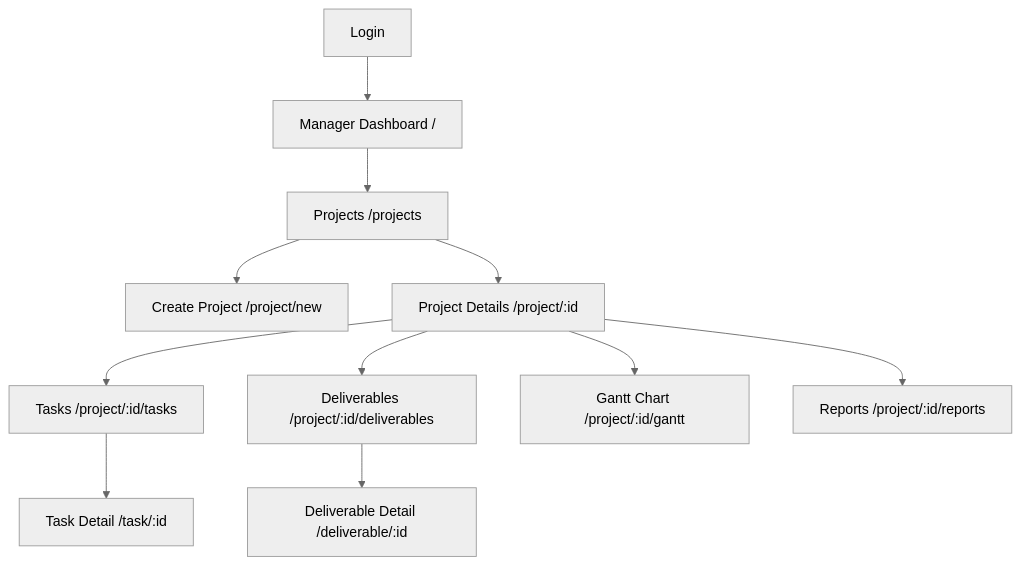
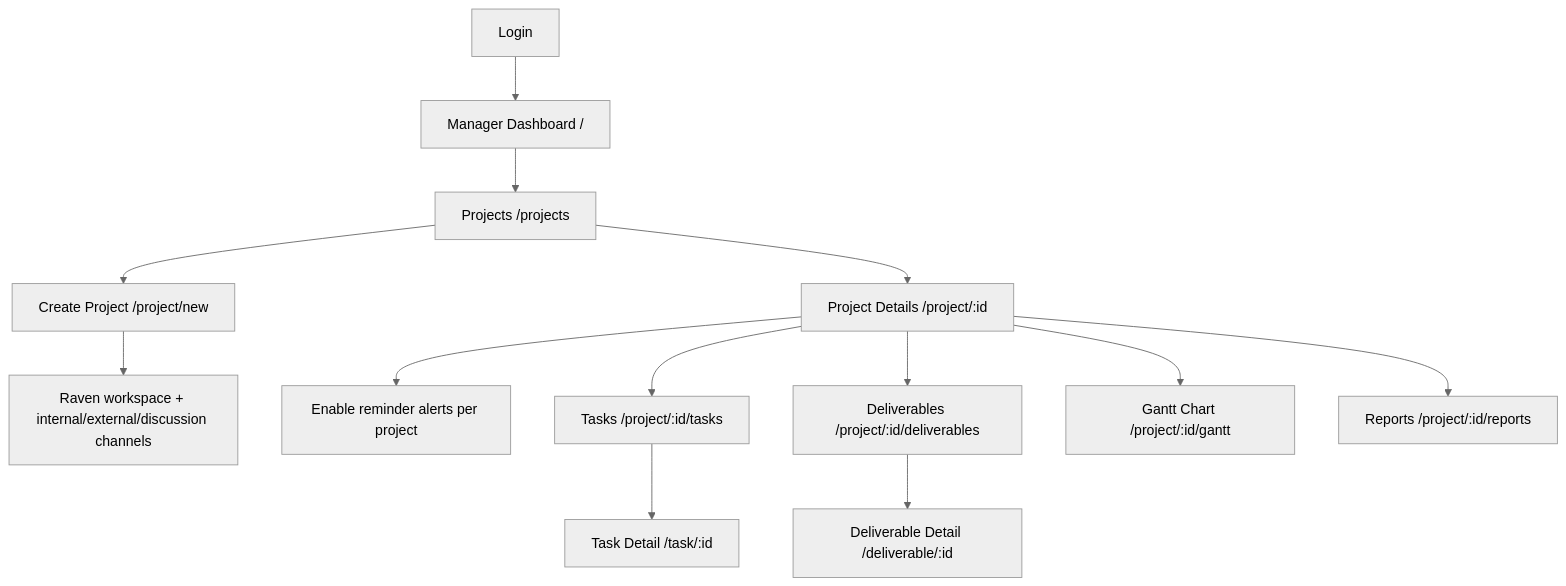
One commit to parasgogia-del/project_management changed the second of 10 diagrams in frontend/README.md. Above: the diagram before and after it, drawn with Mermaid (neutral theme). The commit also changed other lines of this file, not shown here.

````diff
--- a/frontend/README.md
+++ b/frontend/README.md
@@ -151,13 +152,15 @@
 ```mermaid
 flowchart TD
     A[Login] --> B[Manager Dashboard /]
     B --> C[Projects /projects]
     C --> D[Create Project /project/new]
+    D --> D1[Raven workspace + internal/external/discussion channels]
     C --> E[Project Details /project/:id]
+    E --> E1[Enable reminder alerts per project]
     E --> F[Tasks /project/:id/tasks]
     E --> G[Deliverables /project/:id/deliverables]
     E --> H[Gantt Chart /project/:id/gantt]
     E --> I[Reports /project/:id/reports]
     F --> J[Task Detail /task/:id]
     G --> K[Deliverable Detail /deliverable/:id]
 ```
````
